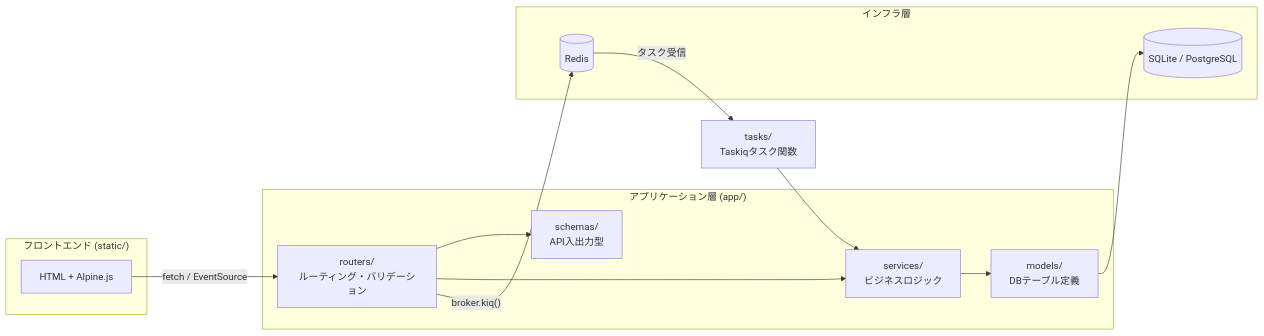
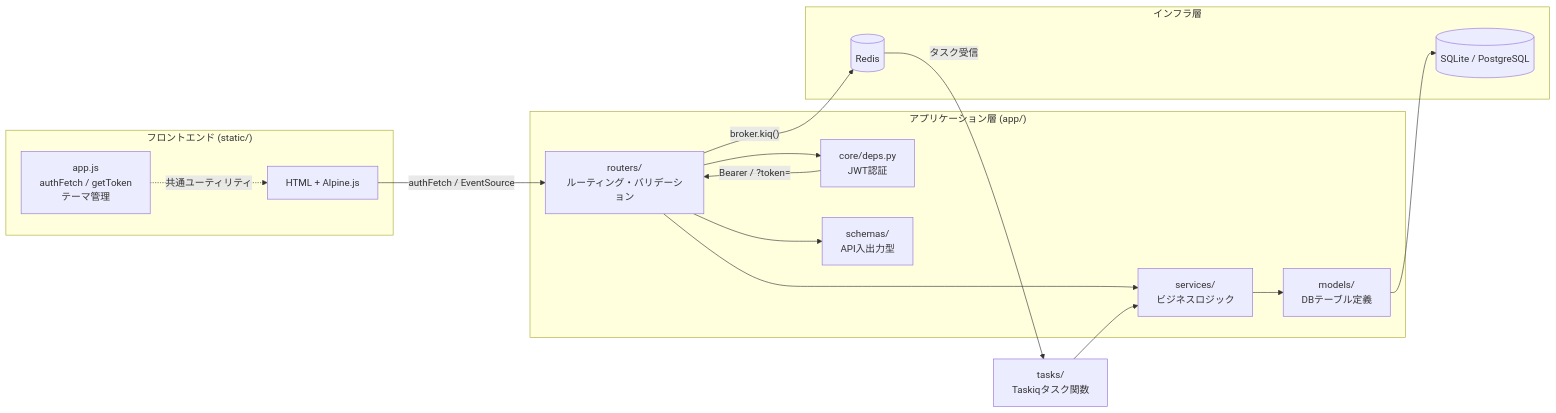
The second of 4 diagrams in docs/アーキテクチャ.md (oharato/fastapi), drawn with Mermaid before and after one commit. The commit also changed other lines of this file and 9 other files, not shown here.

````diff
--- a/docs/アーキテクチャ.md
+++ b/docs/アーキテクチャ.md
@@ -40,27 +46,32 @@
 ```mermaid
 graph LR
     subgraph Frontend["フロントエンド (static/)"]
         HTML["HTML + Alpine.js"]
+        AppJS["app.js<br/>authFetch / getToken<br/>テーマ管理"]
     end
 
     subgraph API["アプリケーション層 (app/)"]
         R["routers/\nルーティング・バリデーション"]
+        D["core/deps.py\nJWT認証"]
         S["services/\nビジネスロジック"]
         M["models/\nDBテーブル定義"]
         SC["schemas/\nAPI入出力型"]
     end
 
     subgraph Infra["インフラ層"]
         DB2[("SQLite / PostgreSQL")]
         RD[("Redis")]
     end
 
-    HTML -->|"fetch / EventSource"| R
+    HTML -->|"authFetch / EventSource"| R
+    AppJS -.->|"共通ユーティリティ"| HTML
+    R --> D
+    D -->|"Bearer / ?token="| R
     R --> SC
     R --> S
     S --> M
     M --> DB2
     R -->|"broker.kiq()"| RD
     RD -->|"タスク受信"| T["tasks/\nTaskiqタスク関数"]
     T --> S
 ```
````
